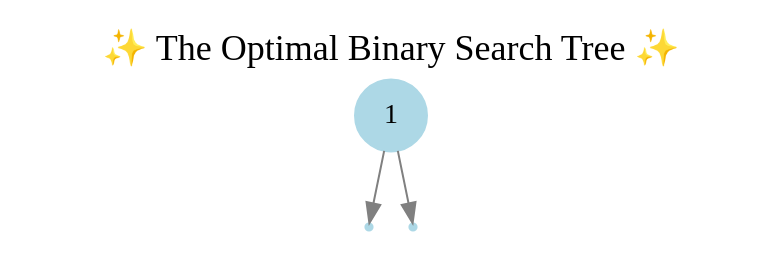
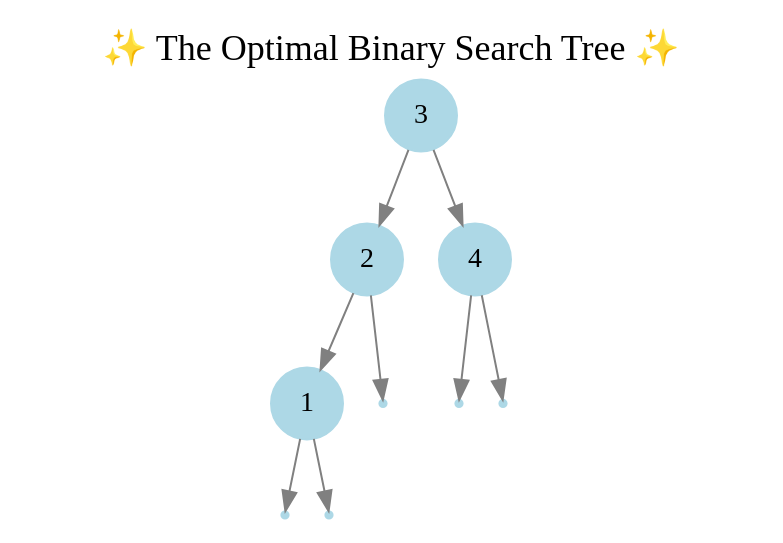
The diagram in obst.dot (SharQawyCS/Optimal-Binary-Search-Tree), drawn with Graphviz before and after one commit. The commit also changed 5 other files, not shown here.

```diff
--- a/obst.dot
+++ b/obst.dot
@@ -1,12 +1,21 @@
 digraph OBST {
   label="✨ The Optimal Binary Search Tree ✨";
   labelloc="t";
   fontsize=18;
 node [shape=circle, style=filled, color=lightblue, fontcolor=black, fontsize=14;
 ];
 edge [color=gray];
+  "3" -> "2";
+  "2" -> "1";
   null0 [shape=point];
   "1" -> null0;
   null1 [shape=point];
   "1" -> null1;
+  null2 [shape=point];
+  "2" -> null2;
+  "3" -> "4";
+  null3 [shape=point];
+  "4" -> null3;
+  null4 [shape=point];
+  "4" -> null4;
 }
```
